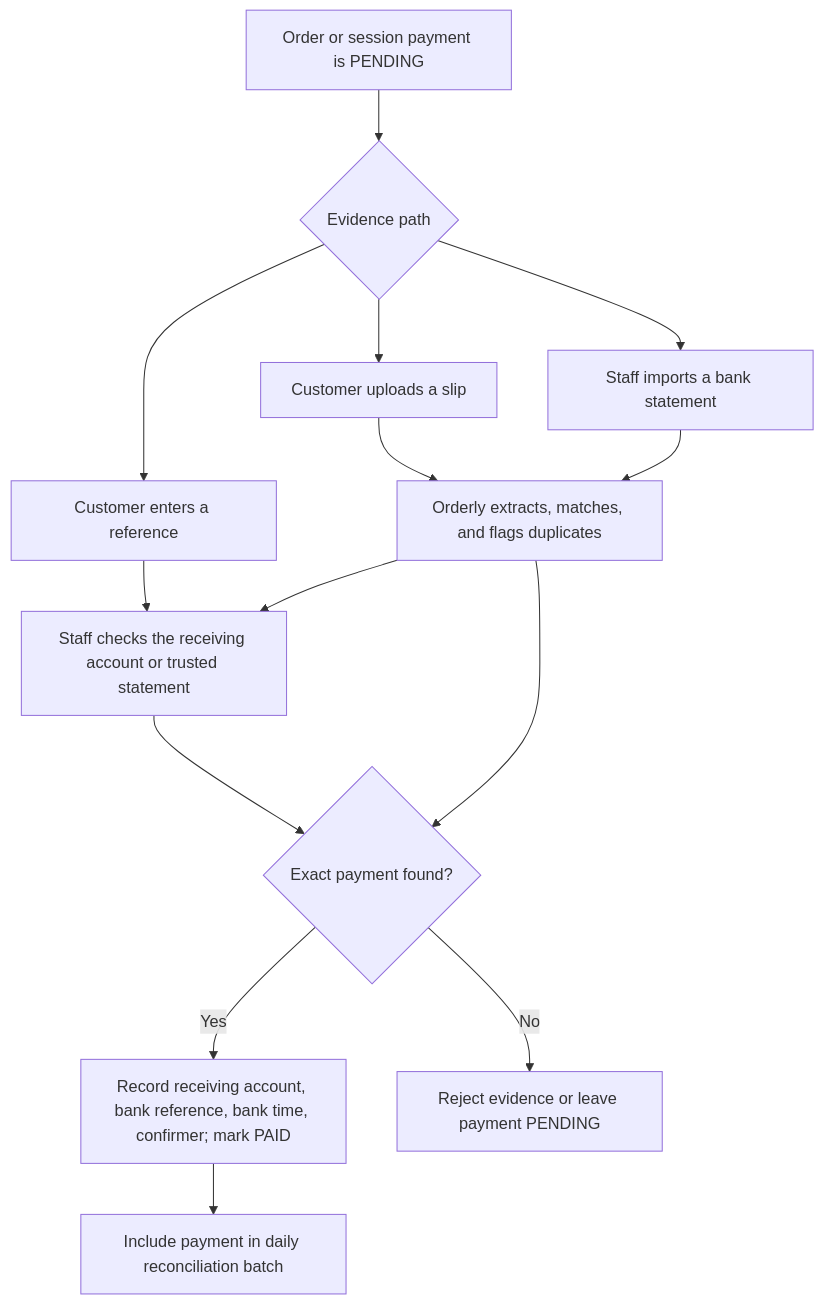
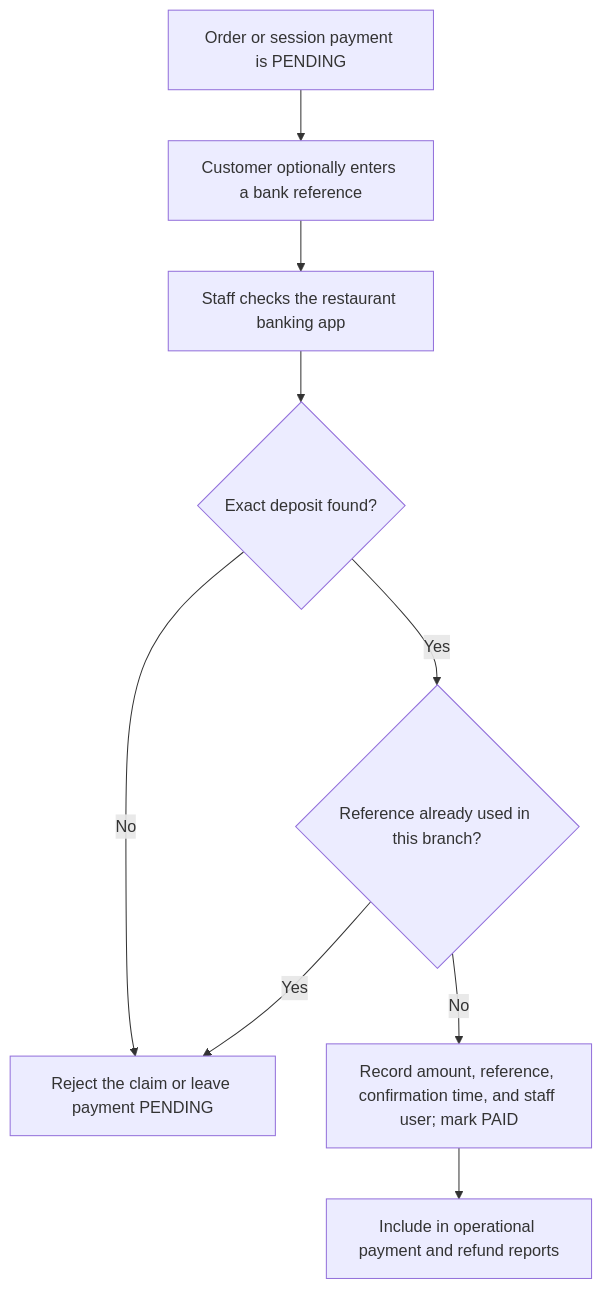
One commit to korawit-cric/restaurant-ordering-system changed the first of 3 diagrams in docs/PAYMENTS.md. Above: the diagram before and after it, drawn with Mermaid. The commit also changed other lines of this file, not shown here.

Commit message:
docs(payments): simplify manual payment scope

````diff
--- a/docs/PAYMENTS.md
+++ b/docs/PAYMENTS.md
@@ -141,23 +165,17 @@
 ```mermaid
 flowchart TD
   pending["Order or session payment is PENDING"]
-  method{"Evidence path"}
-  claim["Customer enters a reference"]
-  slip["Customer uploads a slip"]
-  statement["Staff imports a bank statement"]
-  assist["Orderly extracts, matches, and flags duplicates"]
-  review["Staff checks the receiving account or trusted statement"]
-  match{"Exact payment found?"}
-  paid["Record receiving account, bank reference, bank time, confirmer; mark PAID"]
-  rejected["Reject evidence or leave payment PENDING"]
-  reconcile["Include payment in daily reconciliation batch"]
+  claim["Customer optionally enters a bank reference"]
+  review["Staff checks the restaurant banking app"]
+  match{"Exact deposit found?"}
+  duplicate{"Reference already used in this branch?"}
+  paid["Record amount, reference, confirmation time, and staff user; mark PAID"]
+  rejected["Reject the claim or leave payment PENDING"]
+  report["Include in operational payment and refund reports"]
 
-  pending --> method
-  method --> claim --> review
-  method --> slip --> assist --> review
-  method --> statement --> assist
-  review --> match
-  assist --> match
-  match -->|Yes| paid --> reconcile
+  pending --> claim --> review --> match
   match -->|No| rejected
+  match -->|Yes| duplicate
+  duplicate -->|Yes| rejected
+  duplicate -->|No| paid --> report
 ```
````
